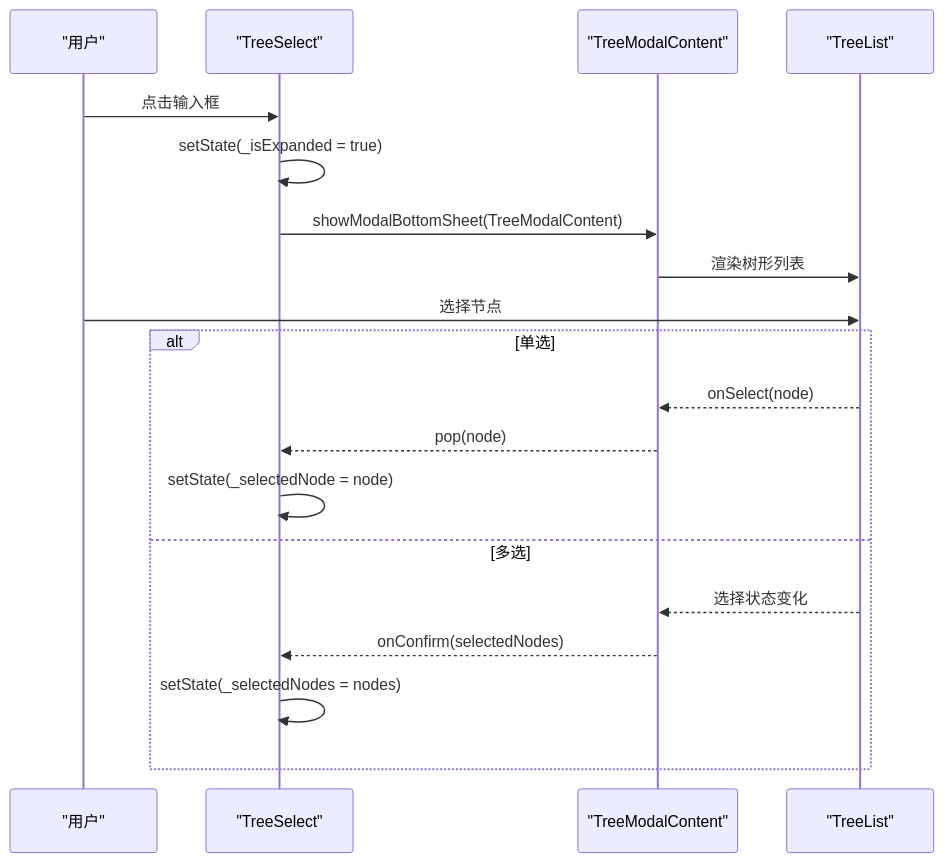
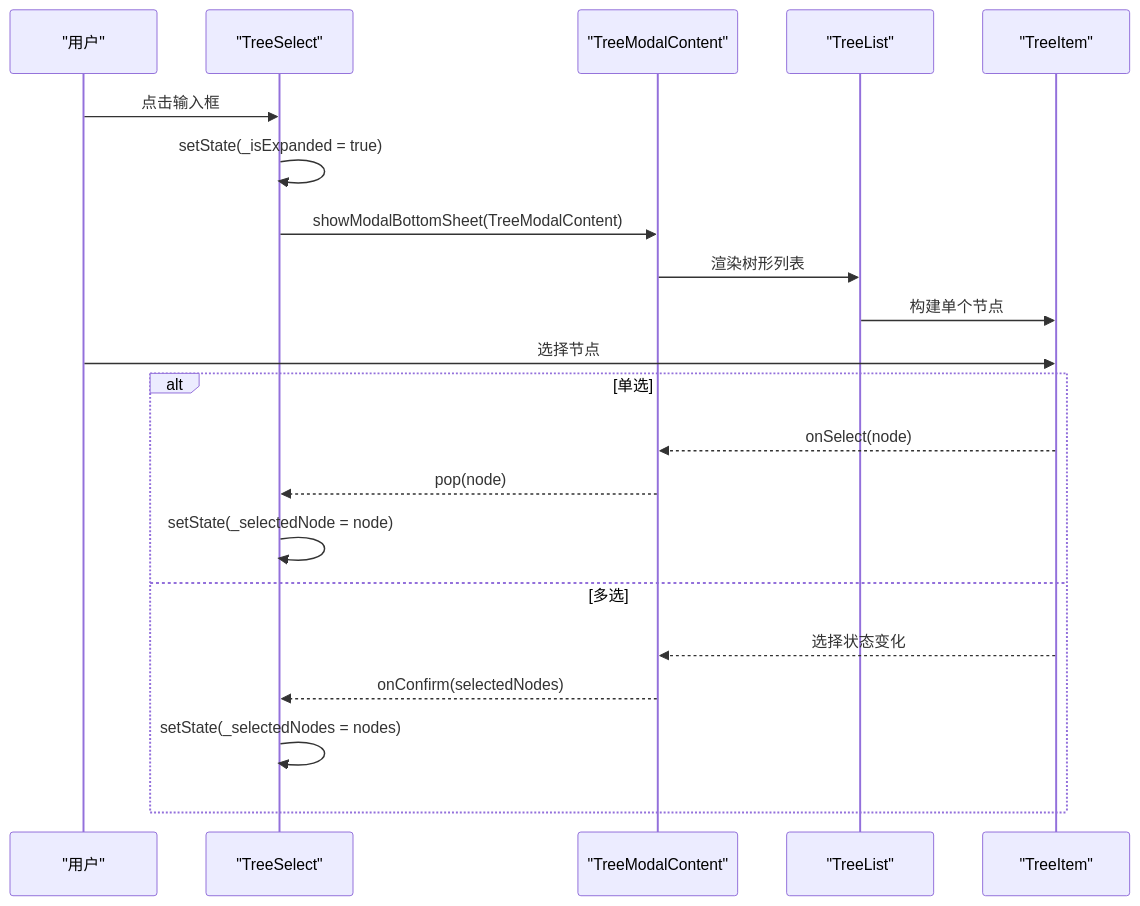
Before and after one commit to yuzhido/lite-ui: the third of 5 diagrams in .qoder/repowiki/zh/content/高级组件/树形选择器.md, drawn with Mermaid. The commit also changed other lines of this file and 35 other files, not shown here.

````diff
--- a/.qoder/repowiki/zh/content/高级组件/树形选择器.md
+++ b/.qoder/repowiki/zh/content/高级组件/树形选择器.md
@@ -235,21 +274,23 @@
 ```mermaid
 sequenceDiagram
 participant U as "用户"
 participant TS as "TreeSelect"
 participant TM as "TreeModalContent"
 participant TL as "TreeList"
+participant TI as "TreeItem"
 U->>TS : 点击输入框
 TS->>TS : setState(_isExpanded = true)
 TS->>TM : showModalBottomSheet(TreeModalContent)
 TM->>TL : 渲染树形列表
-U->>TL : 选择节点
+TL->>TI : 构建单个节点
+U->>TI : 选择节点
 alt 单选
-TL-->>TM : onSelect(node)
+TI-->>TM : onSelect(node)
 TM-->>TS : pop(node)
 TS->>TS : setState(_selectedNode = node)
 else 多选
-TL-->>TM : 选择状态变化
+TI-->>TM : 选择状态变化
 TM-->>TS : onConfirm(selectedNodes)
 TS->>TS : setState(_selectedNodes = nodes)
 end
 ```
````
